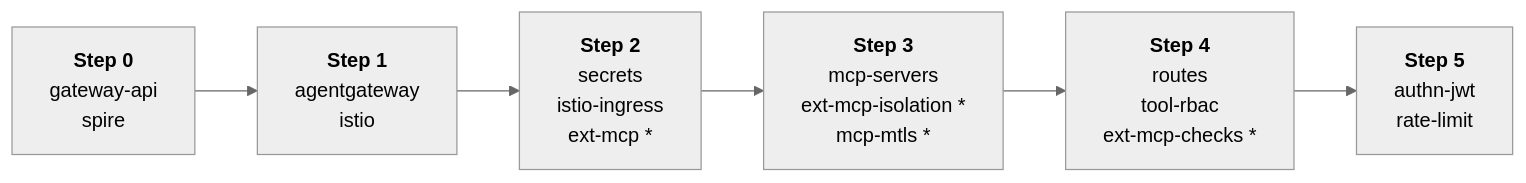
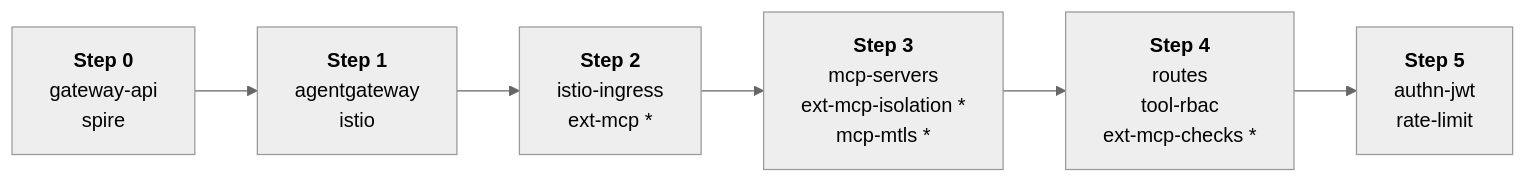
Before and after one commit to raghav19/engineersdaybook: the diagram in code/mcp-sandbox/part-3-mcp-guardrails/README.md, drawn with Mermaid (neutral theme). The commit also changed other lines of this file and 7 other files, not shown here.

````diff
--- a/code/mcp-sandbox/part-3-mcp-guardrails/README.md
+++ b/code/mcp-sandbox/part-3-mcp-guardrails/README.md
@@ -123,8 +123,8 @@
 ```mermaid
 flowchart LR
   s0["<b>Step 0</b><br/>gateway-api<br/>spire"] --> s1["<b>Step 1</b><br/>agentgateway<br/>istio"]
-  s1 --> s2["<b>Step 2</b><br/>secrets<br/>istio-ingress<br/>ext-mcp *"]
+  s1 --> s2["<b>Step 2</b><br/>istio-ingress<br/>ext-mcp *"]
   s2 --> s3["<b>Step 3</b><br/>mcp-servers<br/>ext-mcp-isolation *<br/>mcp-mtls *"]
   s3 --> s4["<b>Step 4</b><br/>routes<br/>tool-rbac<br/>ext-mcp-checks *"]
   s4 --> s5["<b>Step 5</b><br/>authn-jwt<br/>rate-limit"]
 ```
````
